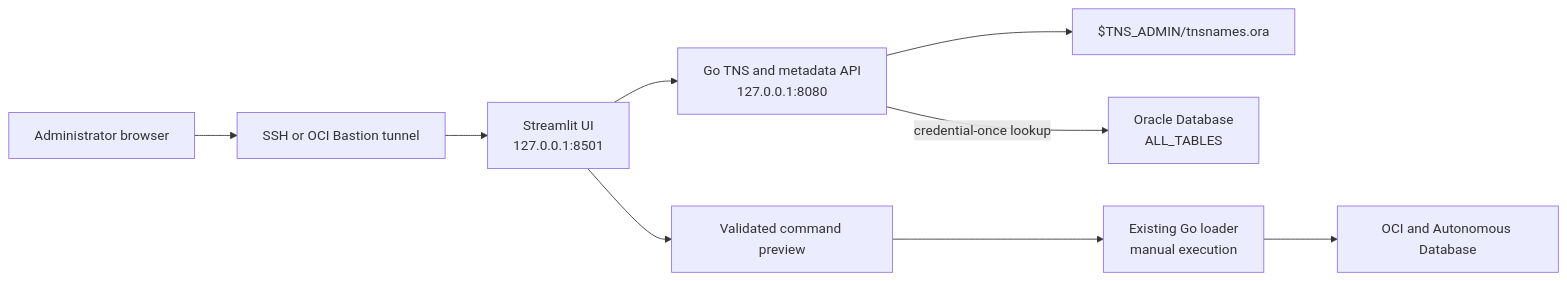
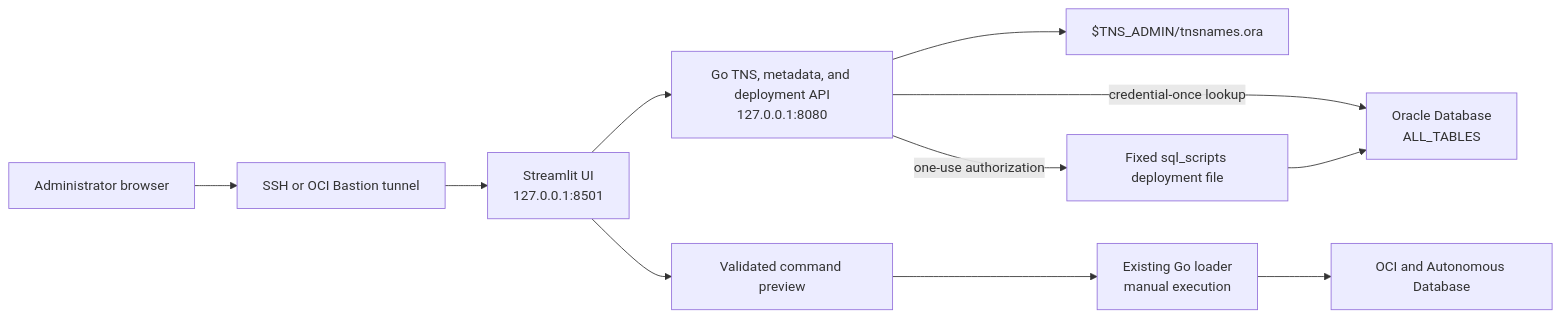
The diagram in streamlit-ui/README.md (eugsim1/focus-loader-report-upload), drawn with Mermaid before and after one commit. The commit also changed other lines of this file and 23 other files, not shown here.

Commit message:
Add gated Streamlit schema deployment

````diff
--- a/streamlit-ui/README.md
+++ b/streamlit-ui/README.md
@@ -41,17 +49,19 @@
 ```mermaid
 flowchart LR
     Browser["Administrator browser"]
     Tunnel["SSH or OCI Bastion tunnel"]
     UI["Streamlit UI<br/>127.0.0.1:8501"]
-    API["Go TNS and metadata API<br/>127.0.0.1:8080"]
+    API["Go TNS, metadata, and deployment API<br/>127.0.0.1:8080"]
     TNS["$TNS_ADMIN/tnsnames.ora"]
     Builder["Validated command preview"]
     Loader["Existing Go loader<br/>manual execution"]
     DB["Oracle Database<br/>ALL_TABLES"]
+    Script["Fixed sql_scripts deployment file"]
     OCI["OCI and Autonomous Database"]
 
     Browser --> Tunnel --> UI
     UI --> API --> TNS
     API -->|"credential-once lookup"| DB
+    API -->|"one-use authorization"| Script --> DB
     UI --> Builder --> Loader --> OCI
 ```
````
